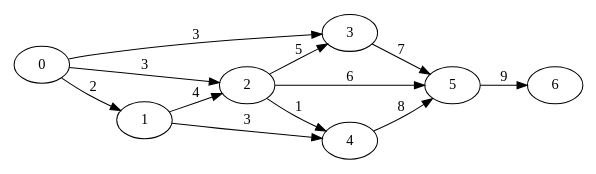
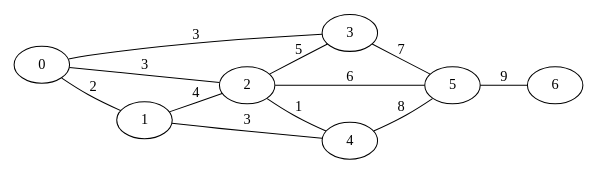
Before and after one commit to valandro/python-prim: the diagram in examples/graph1.dot, drawn with Graphviz. The commit also changed 1 other file, not shown here.

Commit message:
Change graph shape

```diff
--- a/examples/graph1.dot
+++ b/examples/graph1.dot
@@ -1,15 +1,15 @@
 digraph {
   size="6,6";
   rankdir="LR";
-    0 -> 1[label="2",weight="2"];
-    0 -> 2[label="3",weight="3"];
-    0 -> 3[label="3",weight="3"];
-    1 -> 2[label="4",weight="4"];
-    1 -> 4[label="3",weight="3"];
-    2 -> 3[label="5",weight="5"];
-    2 -> 4[label="1",weight="1"];
-    2 -> 5[label="6",weight="6"];
-    3 -> 5[label="7",weight="7"];
-    4 -> 5[label="8",weight="8"];
-    5 -> 6[label="9",weight="9"];
+    0 -> 1[label="2",weight="2", arrowhead=none];
+    0 -> 2[label="3",weight="3", arrowhead=none];
+    0 -> 3[label="3",weight="3", arrowhead=none];
+    1 -> 2[label="4",weight="4", arrowhead=none];
+    1 -> 4[label="3",weight="3", arrowhead=none];
+    2 -> 3[label="5",weight="5", arrowhead=none];
+    2 -> 4[label="1",weight="1", arrowhead=none];
+    2 -> 5[label="6",weight="6", arrowhead=none];
+    3 -> 5[label="7",weight="7", arrowhead=none];
+    4 -> 5[label="8",weight="8", arrowhead=none];
+    5 -> 6[label="9",weight="9", arrowhead=none];
 }
```
